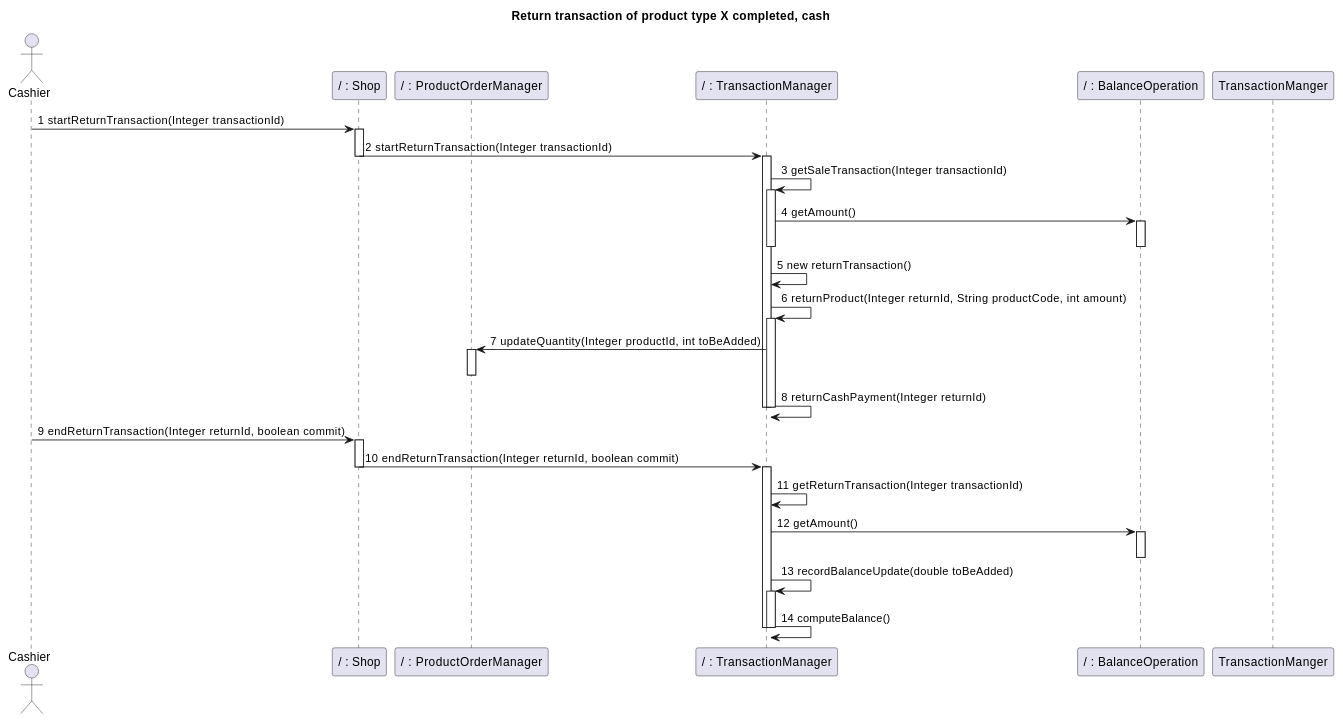
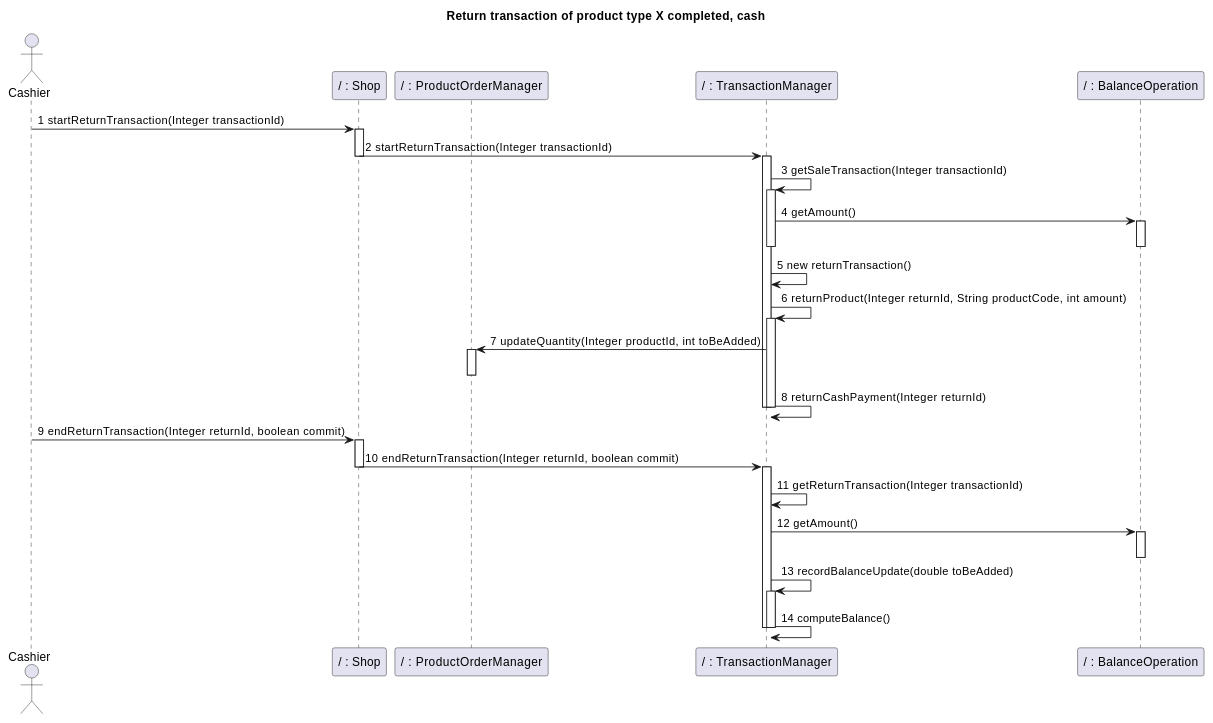
Diagram 29 of 32 in Deliverables/DesignDocument.md (nicolabattaglino/ezshop), drawn with PlantUML before and after one commit. The commit also changed other lines of this file, not shown here.

````diff
--- a/Deliverables/DesignDocument.md
+++ b/Deliverables/DesignDocument.md
@@ -1424,52 +1422,51 @@
 ```plantuml
 @startuml
 
 title
 Return transaction of product type X completed, cash
 end title
 
 
 actor Cashier
 participant "/ : Shop" as Shop
 participant "/ : ProductOrderManager" as ProductOrderManager
 participant "/ : TransactionManager" as TransactionManager
 participant "/ : BalanceOperation" as BalanceOperation
 Cashier -> Shop :1 startReturnTransaction(Integer transactionId)
 activate Shop
 Shop -> TransactionManager:2 startReturnTransaction(Integer transactionId)
 Deactivate Shop
 activate TransactionManager
 TransactionManager -> TransactionManager:3 getSaleTransaction(Integer transactionId)
 activate TransactionManager
 TransactionManager -> BalanceOperation :4 getAmount()
 activate BalanceOperation
 deactivate BalanceOperation
 deactivate TransactionManager
 TransactionManager -> TransactionManager:5 new returnTransaction()
 TransactionManager -> TransactionManager:6 returnProduct(Integer returnId, String productCode, int amount)
 activate TransactionManager
 TransactionManager -> ProductOrderManager:7 updateQuantity(Integer productId, int toBeAdded)
 activate ProductOrderManager
 deactivate ProductOrderManager
 TransactionManager -> TransactionManager:8 returnCashPayment(Integer returnId)
 deactivate TransactionManager 
 deactivate TransactionManager
 Cashier -> Shop :9 endReturnTransaction(Integer returnId, boolean commit)
 activate Shop
 Shop -> TransactionManager:10 endReturnTransaction(Integer returnId, boolean commit)
 deactivate Shop
 activate TransactionManager
 TransactionManager -> TransactionManager:11 getReturnTransaction(Integer transactionId)
 TransactionManager -> BalanceOperation :12 getAmount()
 activate BalanceOperation
 deactivate BalanceOperation
-deactivate TransactionManger 
 TransactionManager -> TransactionManager:13 recordBalanceUpdate(double toBeAdded)
 activate TransactionManager
 TransactionManager -> TransactionManager:14 computeBalance()
 deactivate TransactionManager
 deactivate TransactionManager
 deactivate TransactionManager 
 
 @enduml
 ```
````
